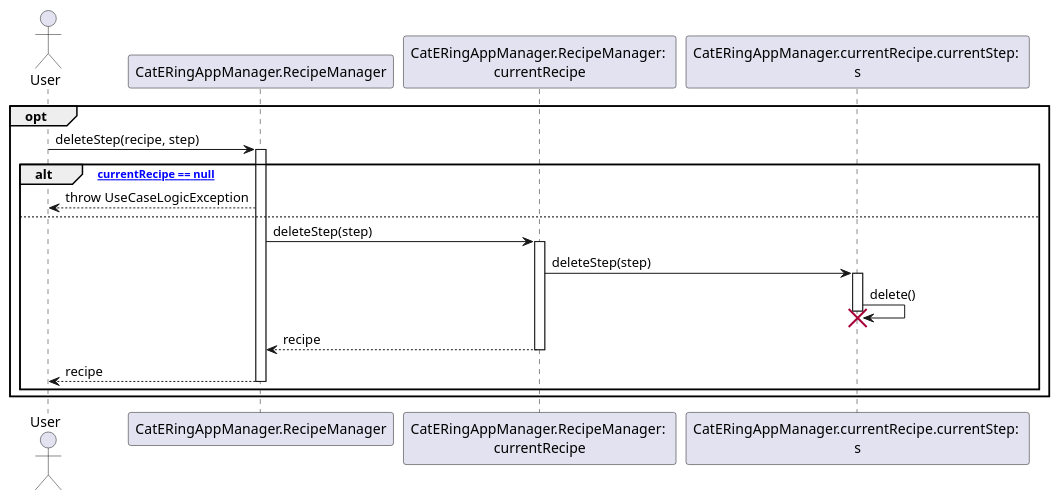
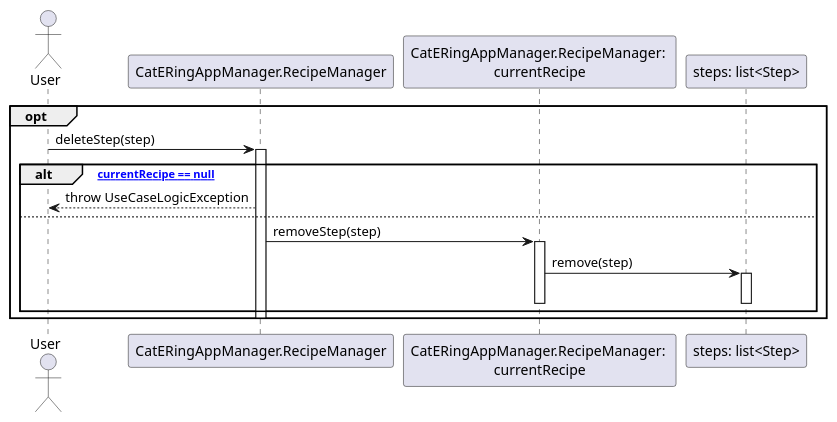
Before and after one commit to m0canu1/sas: the diagram in dsd/dsd-ricette/2b-deleteStep.md, drawn with PlantUML. The commit also changed 8 other files, not shown here.

````diff
--- a/dsd/dsd-ricette/2b-deleteStep.md
+++ b/dsd/dsd-ricette/2b-deleteStep.md
@@ -1,31 +1,27 @@
 ```plantuml
 Actor User
 Participant "CatERingAppManager.RecipeManager" as RM
 Participant "CatERingAppManager.RecipeManager: \ncurrentRecipe" as CR
-Participant "CatERingAppManager.currentRecipe.currentStep: \ns" as CS
+Participant "steps: list<Step>" as CS
 
 opt
-    User -> RM: deleteStep(recipe, step)
+    User -> RM: deleteStep(step)
     Activate RM
 
     alt ["currentRecipe == null"]
         RM --> User: throw UseCaseLogicException
     else
-        RM -> CR: deleteStep(step)
+        RM -> CR: removeStep(step)
         Activate CR
     
-        CR -> CS: deleteStep(step)
+        CR -> CS: remove(step)
         Activate CS
-        CS -> CS: delete()
-        Destroy CS
-
-        CR --> RM: recipe
+        Deactivate CS
         Deactivate CR
 
-        RM --> User: recipe
-        Deactivate RM
 
     end
+    Deactivate RM
 end
 
 ```
````
